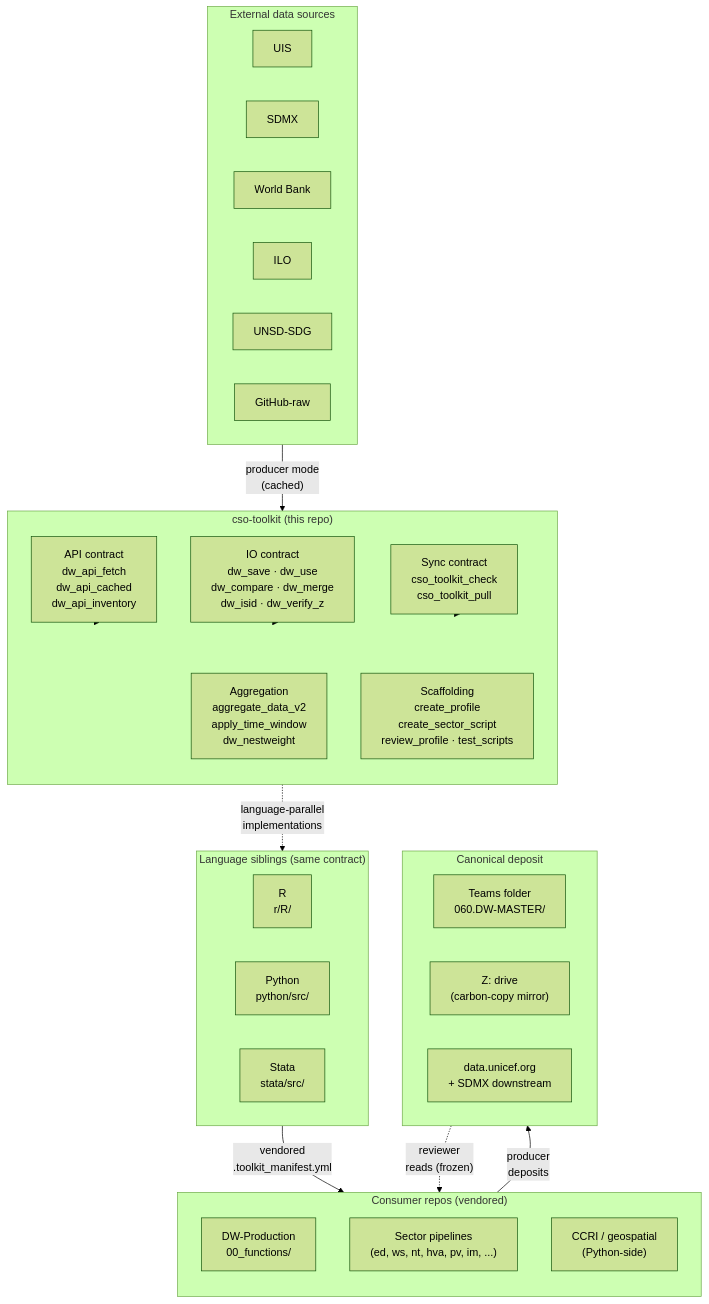
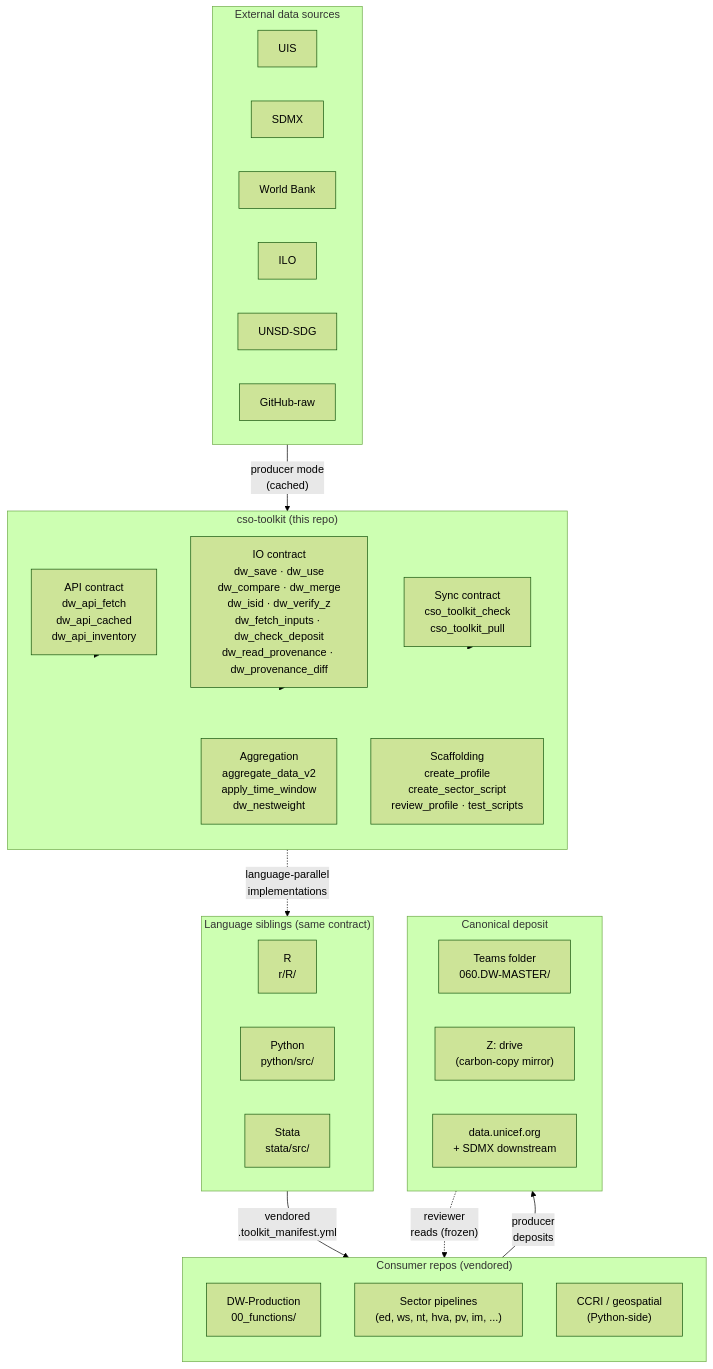
The first of 2 diagrams in README.md (unicef-drp/cso-toolkit), drawn with Mermaid (forest theme) before and after one commit. The commit also changed other lines of this file and 2 other files, not shown here.

First line of the commit message:
docs: list the deposit and provenance functions in README, roles doc, DBM template

````diff
--- a/README.md
+++ b/README.md
@@ -84,51 +84,51 @@
 ```mermaid
 flowchart TD
     subgraph EXT["External data sources"]
         direction LR
         UIS[UIS]
         SDMX[SDMX]
         WB[World Bank]
         ILO[ILO]
         SDG[UNSD-SDG]
         GHR[GitHub-raw]
     end
 
     subgraph TK["cso-toolkit (this repo)"]
         direction TB
-        IO["IO contract<br/>dw_save · dw_use<br/>dw_compare · dw_merge<br/>dw_isid · dw_verify_z"]
+        IO["IO contract<br/>dw_save · dw_use<br/>dw_compare · dw_merge<br/>dw_isid · dw_verify_z<br/>dw_fetch_inputs · dw_check_deposit<br/>dw_read_provenance · dw_provenance_diff"]
         API["API contract<br/>dw_api_fetch<br/>dw_api_cached<br/>dw_api_inventory"]
         SYNC["Sync contract<br/>cso_toolkit_check<br/>cso_toolkit_pull"]
         AGG["Aggregation<br/>aggregate_data_v2<br/>apply_time_window<br/>dw_nestweight"]
         SCAF["Scaffolding<br/>create_profile<br/>create_sector_script<br/>review_profile · test_scripts"]
     end
 
     subgraph LANG["Language siblings (same contract)"]
         direction LR
         R["R<br/>r/R/"]
         PY["Python<br/>python/src/"]
         ST["Stata<br/>stata/src/"]
     end
 
     subgraph CONS["Consumer repos (vendored)"]
         direction TB
         DWP["DW-Production<br/>00_functions/"]
         SEC["Sector pipelines<br/>(ed, ws, nt, hva, pv, im, ...)"]
         CCRI["CCRI / geospatial<br/>(Python-side)"]
     end
 
     subgraph CANON["Canonical deposit"]
         direction LR
         TEAMS["Teams folder<br/>060.DW-MASTER/"]
         ZDRIVE["Z: drive<br/>(carbon-copy mirror)"]
         HELIX["data.unicef.org<br/>+ SDMX downstream"]
     end
 
     EXT -->|"producer mode<br/>(cached)"| API
     API --> TK
     IO --> TK
     SYNC --> TK
     TK -.->|"language-parallel<br/>implementations"| LANG
     LANG -->|"vendored<br/>.toolkit_manifest.yml"| CONS
     CONS -->|"producer<br/>deposits"| CANON
     CANON -.->|"reviewer<br/>reads (frozen)"| CONS
 ```
````
